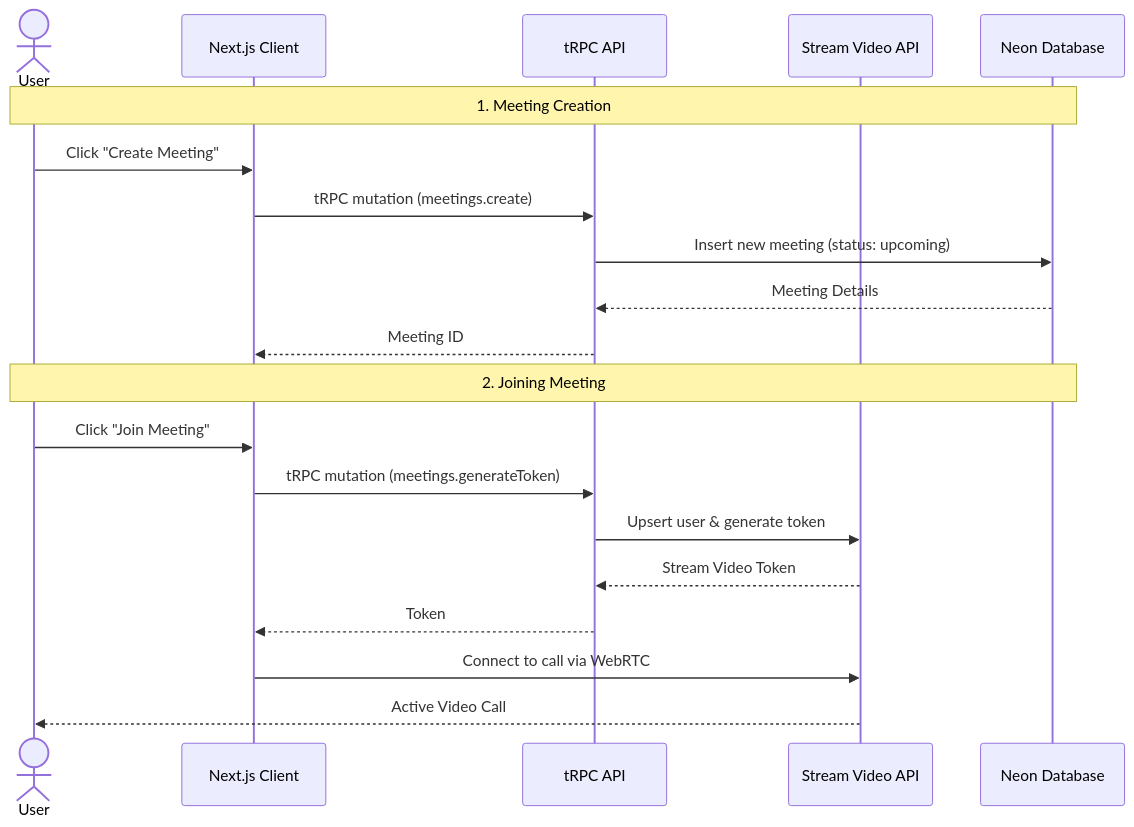
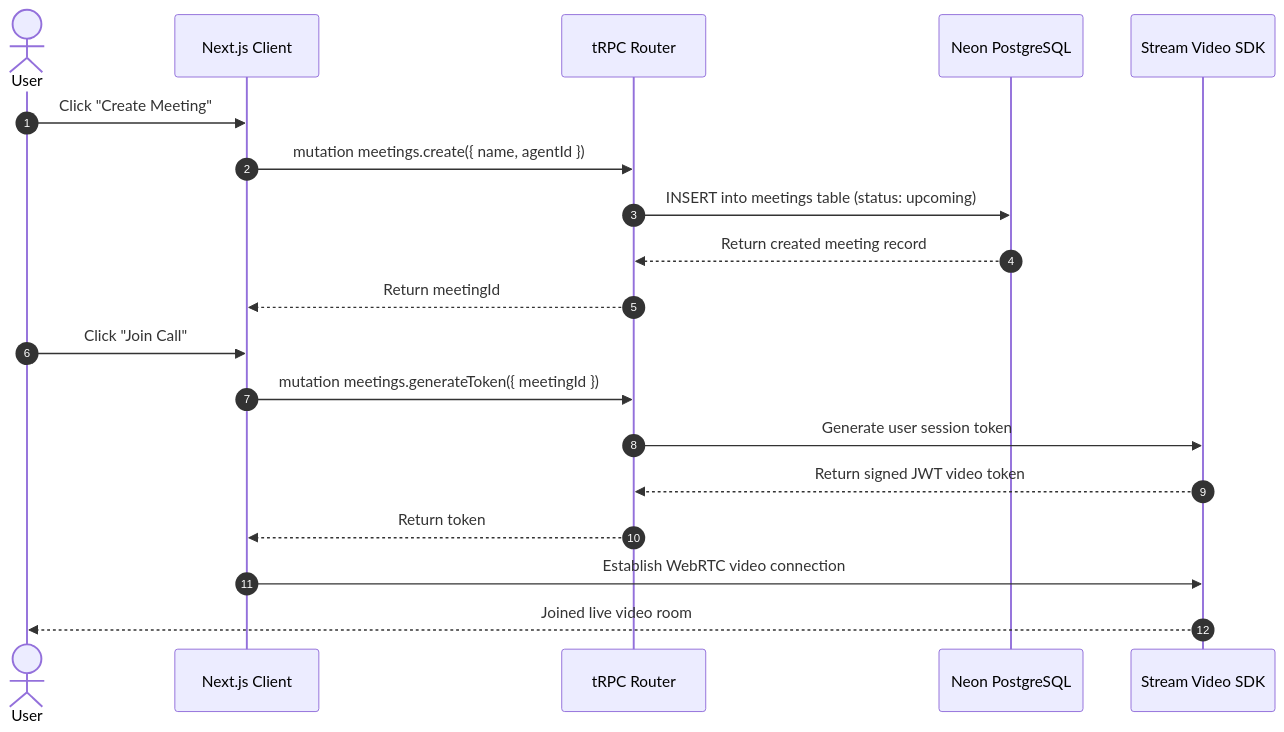
Before and after one commit to Rohit-hub-coder/meridian-ai: the third of 3 diagrams in README.md, drawn with Mermaid. The commit also changed other lines of this file and 1 other file, not shown here.

Commit message:
docs: polish README with architecture, tRPC procedures, and add MIT LICENSE

````diff
--- a/README.md
+++ b/README.md
@@ -69,24 +108,23 @@
 ```mermaid
 sequenceDiagram
+    autonumber
     actor User
     participant Client as Next.js Client
-    participant API as tRPC API
-    participant Stream as Stream Video API
-    participant DB as Neon Database
+    participant TRPC as tRPC Router
+    participant DB as Neon PostgreSQL
+    participant Stream as Stream Video SDK
 
-    Note over User, DB: 1. Meeting Creation
     User->>Client: Click "Create Meeting"
-    Client->>API: tRPC mutation (meetings.create)
-    API->>DB: Insert new meeting (status: upcoming)
-    DB-->>API: Meeting Details
-    API-->>Client: Meeting ID
+    Client->>TRPC: mutation meetings.create({ name, agentId })
+    TRPC->>DB: INSERT into meetings table (status: upcoming)
+    DB-->>TRPC: Return created meeting record
+    TRPC-->>Client: Return meetingId
 
-    Note over User, DB: 2. Joining Meeting
-    User->>Client: Click "Join Meeting"
-    Client->>API: tRPC mutation (meetings.generateToken)
-    API->>Stream: Upsert user & generate token
-    Stream-->>API: Stream Video Token
-    API-->>Client: Token
-    Client->>Stream: Connect to call via WebRTC
-    Stream-->>User: Active Video Call
+    User->>Client: Click "Join Call"
+    Client->>TRPC: mutation meetings.generateToken({ meetingId })
+    TRPC->>Stream: Generate user session token
+    Stream-->>TRPC: Return signed JWT video token
+    TRPC-->>Client: Return token
+    Client->>Stream: Establish WebRTC video connection
+    Stream-->>User: Joined live video room
 ```
````
